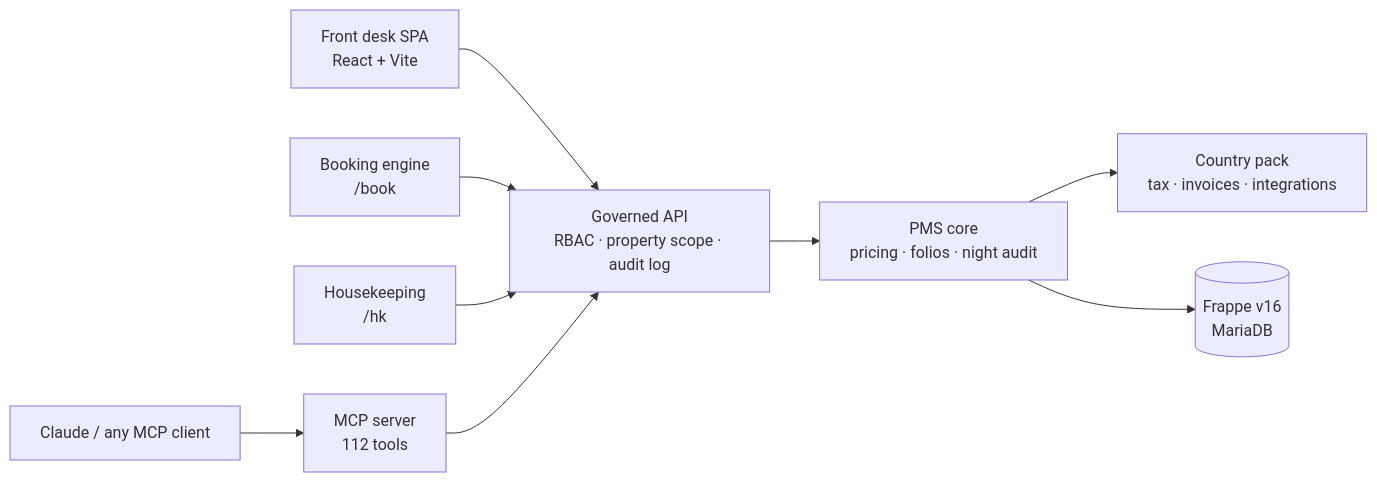
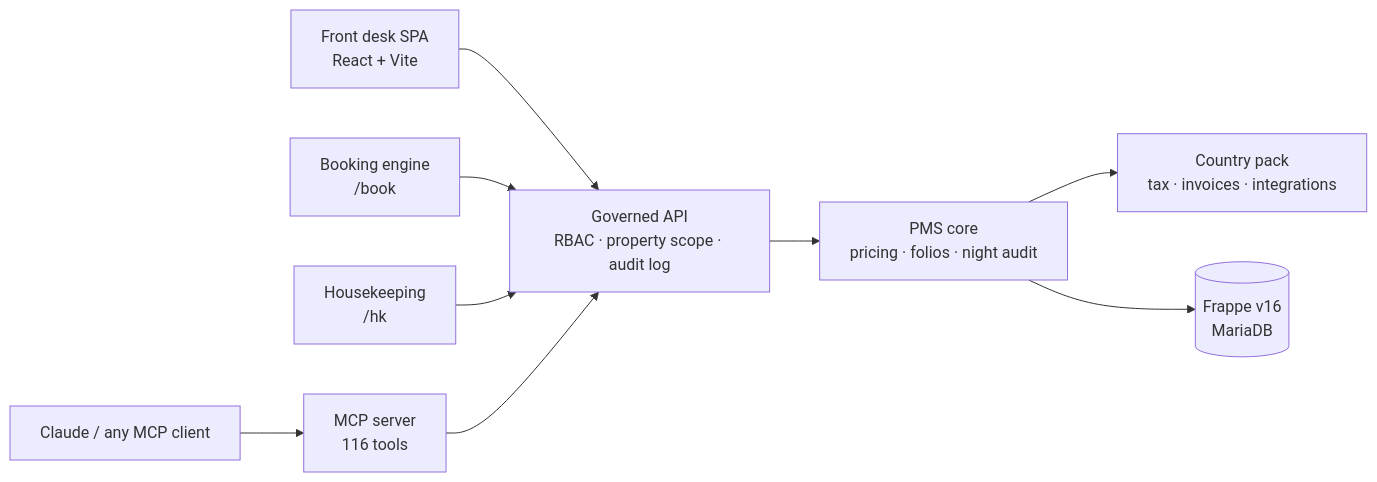
One commit to zqf20096327/ai_collect changed the diagram in data/readmes/Kamra-PMS__kamra-pms.md. Above: the diagram before and after it, drawn with Mermaid. The commit also changed other lines of this file and 1657 other files, not shown here.

````diff
--- a/data/readmes/Kamra-PMS__kamra-pms.md
+++ b/data/readmes/Kamra-PMS__kamra-pms.md
@@ -228,10 +228,10 @@
 ```mermaid
 flowchart LR
   desk["Front desk SPA<br/>React + Vite"] --> api
   book["Booking engine<br/>/book"] --> api
   hk["Housekeeping<br/>/hk"] --> api
-  agent["Claude / any MCP client"] --> mcp["MCP server<br/>112 tools"] --> api
+  agent["Claude / any MCP client"] --> mcp["MCP server<br/>116 tools"] --> api
   api["Governed API<br/>RBAC · property scope · audit log"] --> core["PMS core<br/>pricing · folios · night audit"]
   core --> pack["Country pack<br/>tax · invoices · integrations"]
   core --> db[("Frappe v16<br/>MariaDB")]
 ```
````
